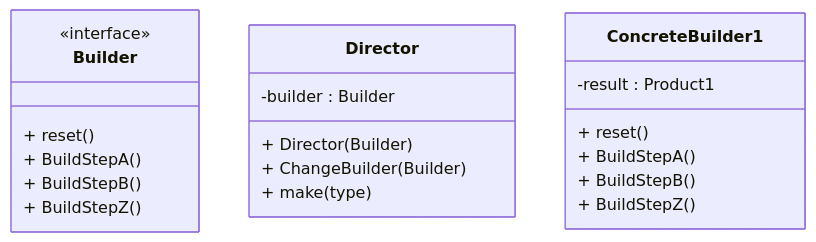
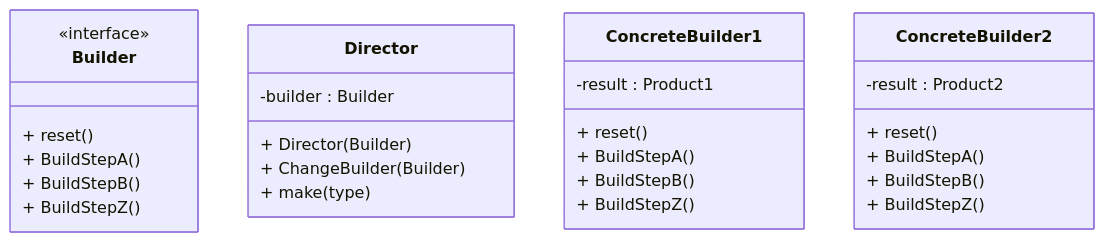
Before and after one commit to kirolossedra/Creational-Design-Patterns: the diagram in Builder/README.md, drawn with Mermaid.

````diff
--- a/Builder/README.md
+++ b/Builder/README.md
@@ -2,28 +2,37 @@
 ```mermaid
 classDiagram
 
 class Builder{
 <<interface>> 
     + reset()
     + BuildStepA()
     + BuildStepB()
     + BuildStepZ()
 }
 
 class Director{
 -builder : Builder
 + Director(Builder)
 + ChangeBuilder(Builder)
 + make(type)
 }
 
 class ConcreteBuilder1{
 -result : Product1
 + reset()
 + BuildStepA()
 + BuildStepB()
 + BuildStepZ()
 
 }
 
+class ConcreteBuilder2{
+-result : Product2
++ reset()
++ BuildStepA()
++ BuildStepB()
++ BuildStepZ()
+
+}
+
 ```
````
